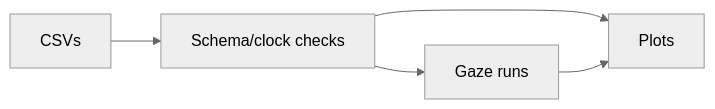
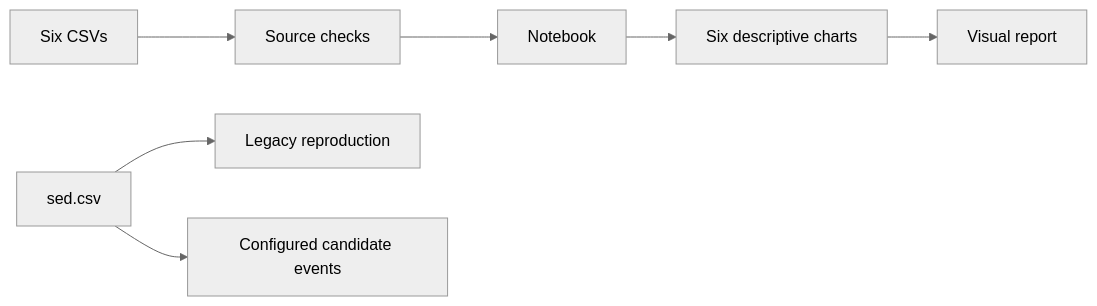
One commit to urmeo/sensor changed the diagram in README.md. Above: the diagram before and after it, drawn with Mermaid (neutral theme). The commit also changed other lines of this file, not shown here.

````diff
--- a/README.md
+++ b/README.md
@@ -9,7 +9,9 @@
 ```mermaid
 flowchart LR
-    A[CSVs] --> B[Schema/clock checks]
-    B --> C[Gaze runs]
-    B --> D[Plots]
-    C --> D
+    A[Six CSVs] --> B[Source checks]
+    B --> C[Notebook]
+    C --> D[Six descriptive charts]
+    D --> E[Visual report]
+    F[sed.csv] --> G[Legacy reproduction]
+    F --> H[Configured candidate events]
 ```
````
